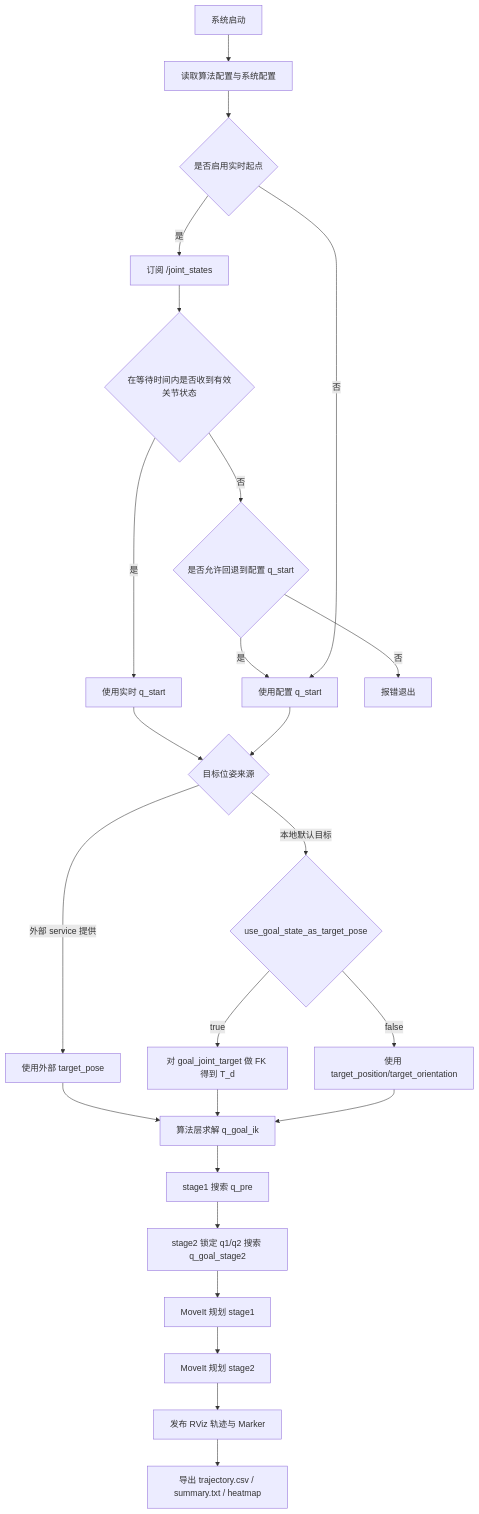
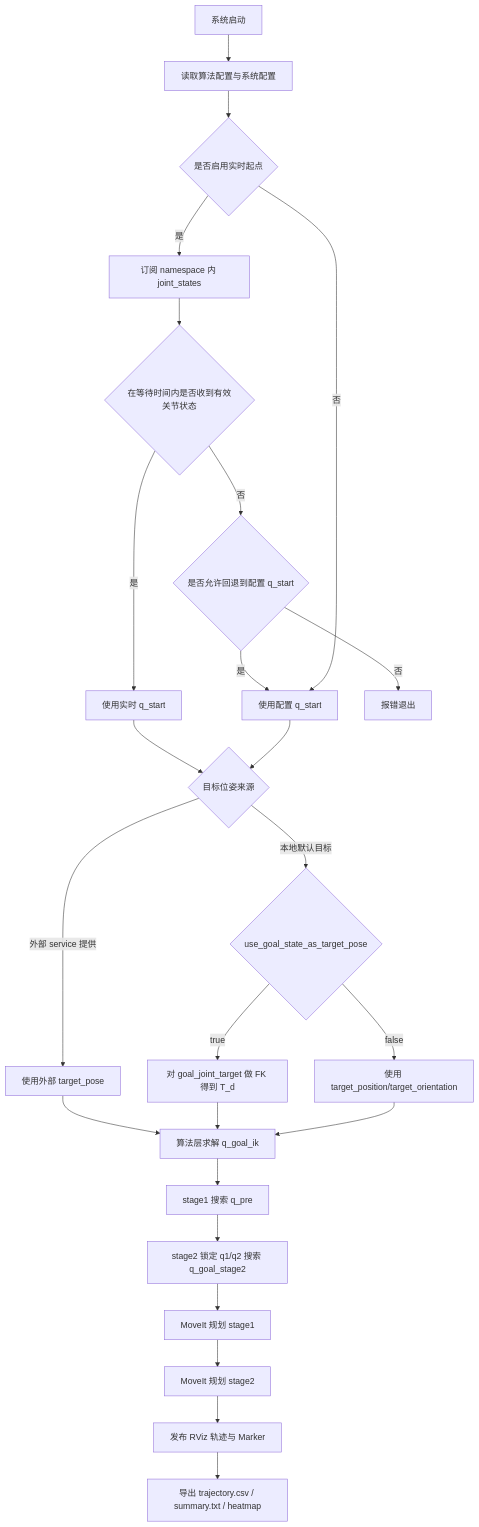
Before and after one commit to fanholmes29-creator/ws_moveit2: the diagram in src/trunk_two_stage_planner/README.md, drawn with Mermaid. The commit also changed other lines of this file and 28 other files, not shown here.

````diff
--- a/src/trunk_two_stage_planner/README.md
+++ b/src/trunk_two_stage_planner/README.md
@@ -208,31 +216,31 @@
 ```mermaid
 flowchart TD
     A[系统启动] --> B[读取算法配置与系统配置]
     B --> C{是否启用实时起点}
-    C -- 是 --> D[订阅 /joint_states]
+    C -- 是 --> D[订阅 namespace 内 joint_states]
     D --> E{在等待时间内是否收到有效关节状态}
     E -- 是 --> F[使用实时 q_start]
     E -- 否 --> G{是否允许回退到配置 q_start}
     G -- 是 --> H[使用配置 q_start]
     G -- 否 --> X[报错退出]
     C -- 否 --> H
 
     F --> I{目标位姿来源}
     H --> I
 
     I -- 外部 service 提供 --> J[使用外部 target_pose]
     I -- 本地默认目标 --> K{use_goal_state_as_target_pose}
     K -- true --> L[对 goal_joint_target 做 FK 得到 T_d]
     K -- false --> M[使用 target_position/target_orientation]
 
     J --> N[算法层求解 q_goal_ik]
     L --> N
     M --> N
 
     N --> O[stage1 搜索 q_pre]
     O --> P[stage2 锁定 q1/q2 搜索 q_goal_stage2]
     P --> Q[MoveIt 规划 stage1]
     Q --> R[MoveIt 规划 stage2]
     R --> S[发布 RViz 轨迹与 Marker]
     S --> T[导出 trajectory.csv / summary.txt / heatmap]
 ```
````
